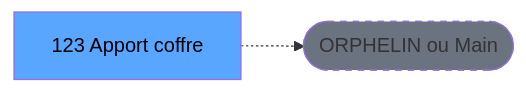
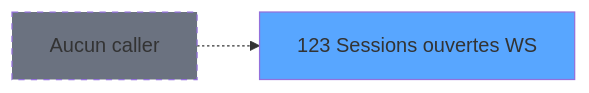
The second of 3 diagrams in .openspec/specs/ADH-IDE-123.md (thonyAGP/magic-migration), drawn with Mermaid before and after one commit. The commit also changed other lines of this file and 311 other files, not shown here.

````diff
--- a/.openspec/specs/ADH-IDE-123.md
+++ b/.openspec/specs/ADH-IDE-123.md
@@ -125,8 +146,8 @@
 ```mermaid
 graph LR
-    T[123 Apport coffre]
-    ORPHAN([ORPHELIN ou Main])
-    T -.-> ORPHAN
-    style T fill:#58a6ff,color:#000
-    style ORPHAN fill:#6b7280,stroke-dasharray: 5 5
+    T123[123 Sessions ouvertes WS]
+    style T123 fill:#58a6ff
+    NONE[Aucun caller]
+    NONE -.-> T123
+    style NONE fill:#6b7280,stroke-dasharray: 5 5
 ```
````
